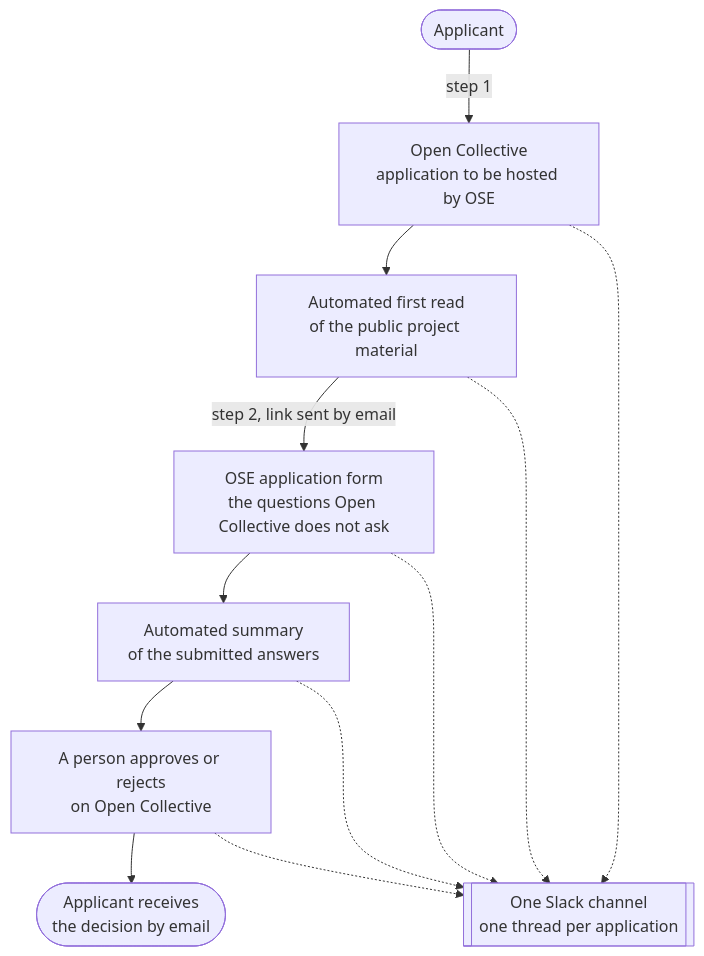
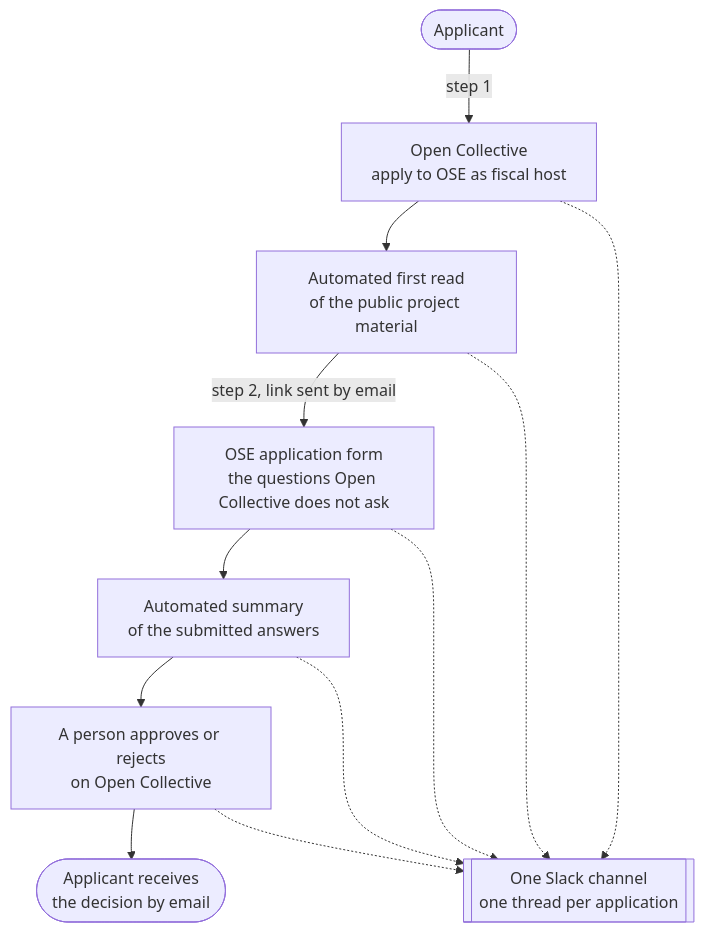
The diagram in README.md (opensourceeurope/community), drawn with Mermaid before and after one commit. The commit also changed other lines of this file, not shown here.

Commit message:
docs: the diagram names the fiscal host step on Open Collective

````diff
--- a/README.md
+++ b/README.md
@@ -16,17 +16,17 @@
 ```mermaid
 flowchart TD
-    A(["Applicant"]) -->|"step 1"| OC["Open Collective<br>application to be hosted by OSE"]
+    A(["Applicant"]) -->|"step 1"| OC["Open Collective<br>apply to OSE as fiscal host"]
     OC --> AI["Automated first read<br>of the public project material"]
     AI -->|"step 2, link sent by email"| FORM["OSE application form<br>the questions Open Collective does not ask"]
     FORM --> SUM["Automated summary<br>of the submitted answers"]
     SUM --> DEC["A person approves or rejects<br>on Open Collective"]
     DEC --> MAIL(["Applicant receives<br>the decision by email"])
 
     OC -.-> SL
     AI -.-> SL
     FORM -.-> SL
     SUM -.-> SL
     DEC -.-> SL
 
     SL[["One Slack channel<br>one thread per application"]]
 ```
````
